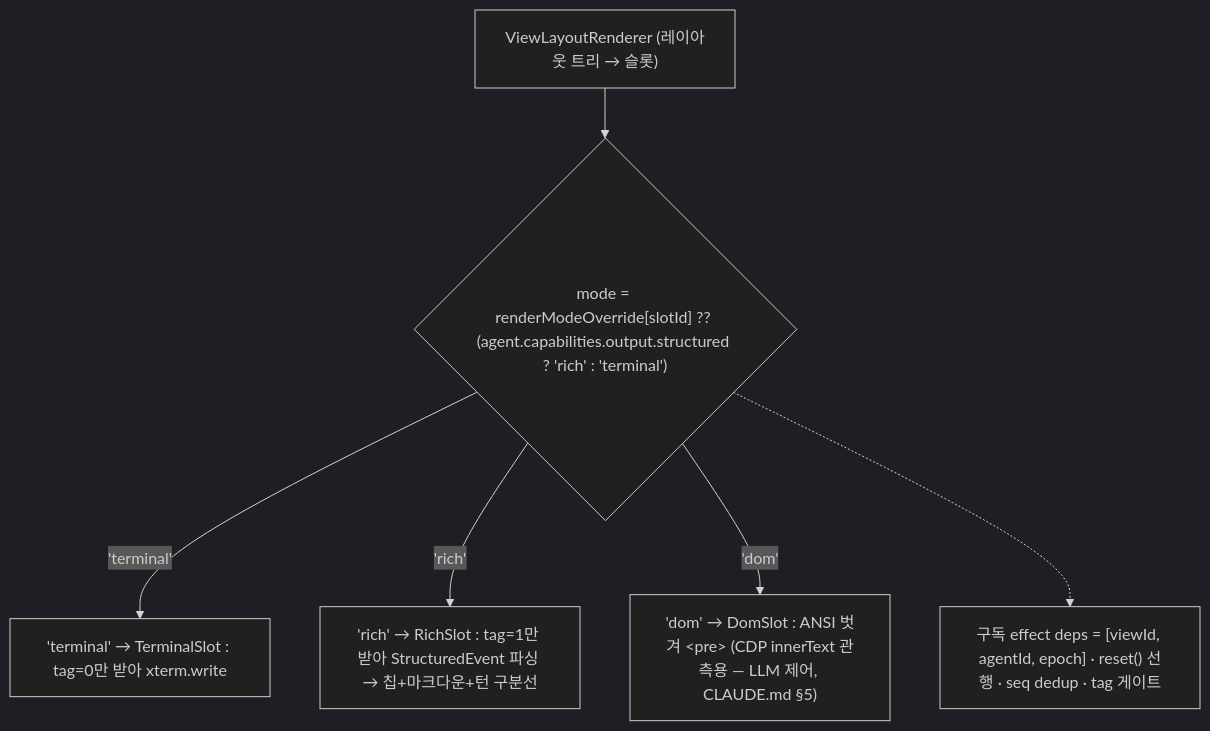
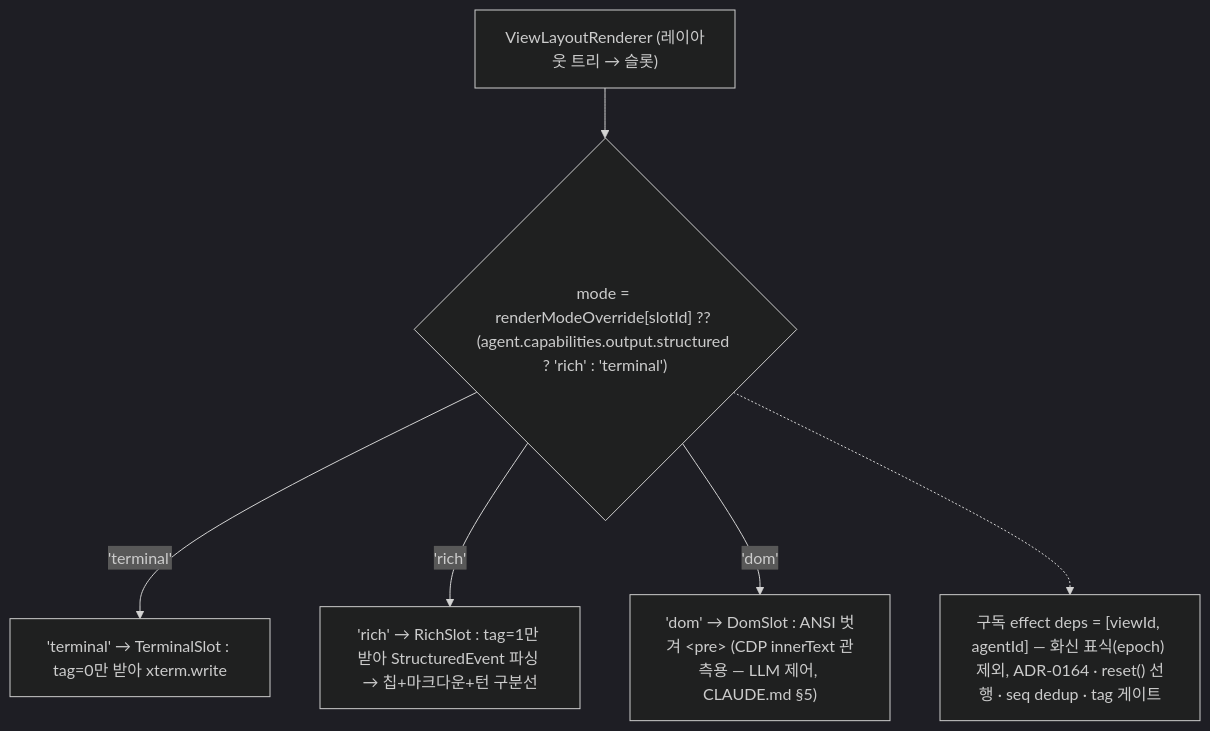
Diagram 16 of 20 in docs/reference/architecture-overview.md (kimsunzun/engram-dashboard), drawn with Mermaid (dark theme) before and after one commit. The commit also changed other lines of this file and 7 other files, not shown here.

````diff
--- a/docs/reference/architecture-overview.md
+++ b/docs/reference/architecture-overview.md
@@ -541,15 +541,15 @@
 ```mermaid
 flowchart TD
   VLR["ViewLayoutRenderer (레이아웃 트리 → 슬롯)"]
   MODE{"mode = renderModeOverride[slotId] ?? (agent.capabilities.output.structured ? 'rich' : 'terminal')"}
   TS["'terminal' → TerminalSlot : tag=0만 받아 xterm.write"]
   RS["'rich' → RichSlot : tag=1만 받아 StructuredEvent 파싱 → 칩+마크다운+턴 구분선"]
   DS["'dom' → DomSlot : ANSI 벗겨 &lt;pre&gt; (CDP innerText 관측용 — LLM 제어, CLAUDE.md §5)"]
-  NOTE["구독 effect deps = [viewId, agentId, epoch] · reset() 선행 · seq dedup · tag 게이트"]
+  NOTE["구독 effect deps = [viewId, agentId] — 화신 표식(epoch) 제외, ADR-0164 · reset() 선행 · seq dedup · tag 게이트"]
 
   VLR --> MODE
   MODE -->|"'terminal'"| TS
   MODE -->|"'rich'"| RS
   MODE -->|"'dom'"| DS
   MODE -.-> NOTE
 ```
````
